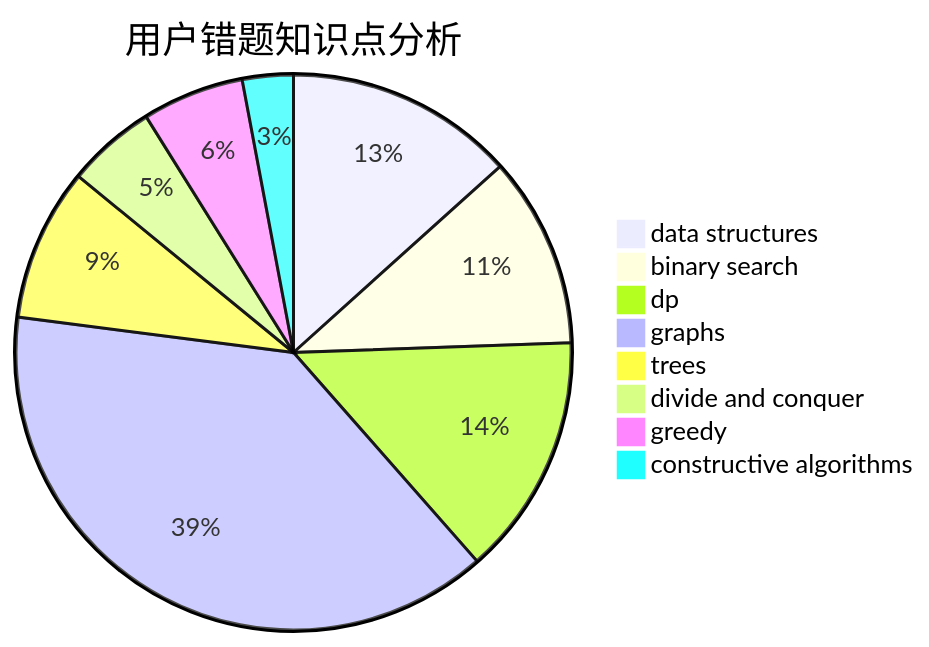
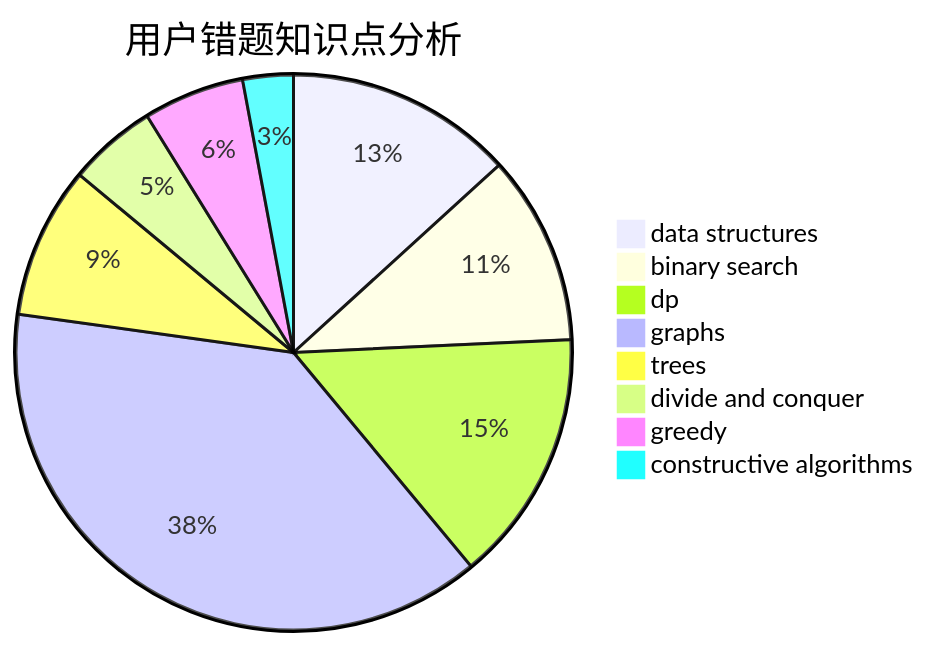
One commit to sherpahu/cfrs.github.io changed the third of 3 diagrams in docs/user/u308.md. Above: the diagram before and after it, drawn with Mermaid. The commit also changed other lines of this file and 2770 other files, not shown here.

````diff
--- a/docs/user/u308.md
+++ b/docs/user/u308.md
@@ -36,11 +36,11 @@
 ```mermaid
 pie title 用户错题知识点分析
     "data structures" :  18
     "binary search" :  15
-    "dp" :  19
+    "dp" :  20
     "graphs" :  52
     "trees" :  12
     "divide and conquer" :  7
     "greedy" :  8
     "constructive algorithms" :  4
 ```
````
